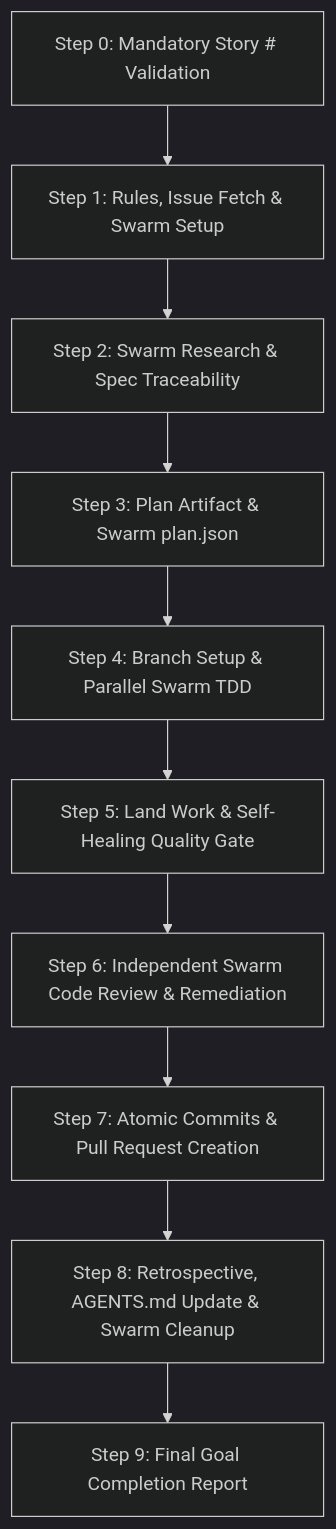
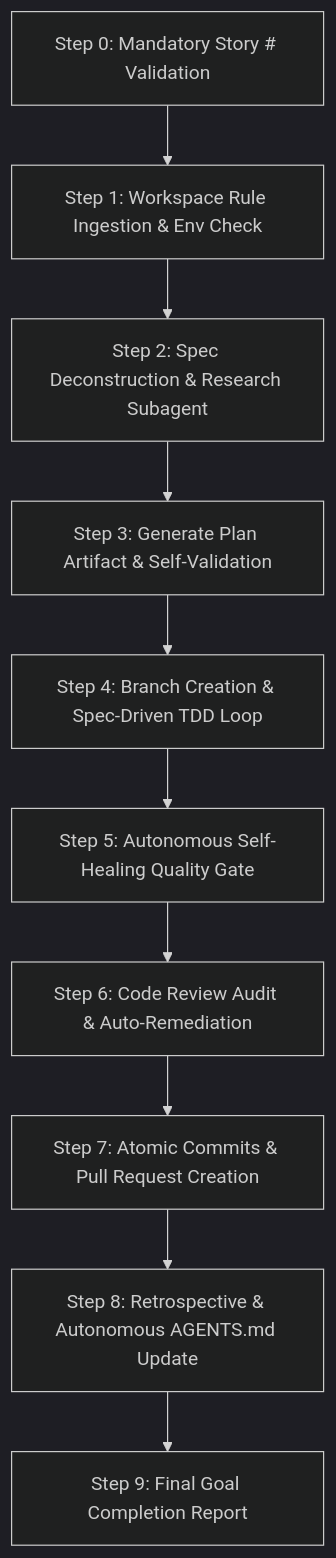
One commit to premkumar-masilamani/skills changed the diagram in software/implement-github-story/SKILL.md. Above: the diagram before and after it, drawn with Mermaid (dark theme). The commit also changed other lines of this file, not shown here.

Commit message:
refactor(skills): remove Swarm orchestration from implement-github-story

````diff
--- a/software/implement-github-story/SKILL.md
+++ b/software/implement-github-story/SKILL.md
@@ -27,12 +27,12 @@
 ```mermaid
 flowchart TD
-    A[Step 0: Mandatory Story # Validation] --> B[Step 1: Rules, Issue Fetch & Swarm Setup]
-    B --> C[Step 2: Swarm Research & Spec Traceability]
-    C --> D[Step 3: Plan Artifact & Swarm plan.json]
-    D --> E[Step 4: Branch Setup & Parallel Swarm TDD]
-    E --> F[Step 5: Land Work & Self-Healing Quality Gate]
-    F --> G[Step 6: Independent Swarm Code Review & Remediation]
+    A[Step 0: Mandatory Story # Validation] --> B[Step 1: Workspace Rule Ingestion & Env Check]
+    B --> C[Step 2: Spec Deconstruction & Research Subagent]
+    C --> D[Step 3: Generate Plan Artifact & Self-Validation]
+    D --> E[Step 4: Branch Creation & Spec-Driven TDD Loop]
+    E --> F[Step 5: Autonomous Self-Healing Quality Gate]
+    F --> G[Step 6: Code Review Audit & Auto-Remediation]
     G --> H[Step 7: Atomic Commits & Pull Request Creation]
-    H --> I[Step 8: Retrospective, AGENTS.md Update & Swarm Cleanup]
+    H --> I[Step 8: Retrospective & Autonomous AGENTS.md Update]
     I --> J[Step 9: Final Goal Completion Report]
 ```
````
